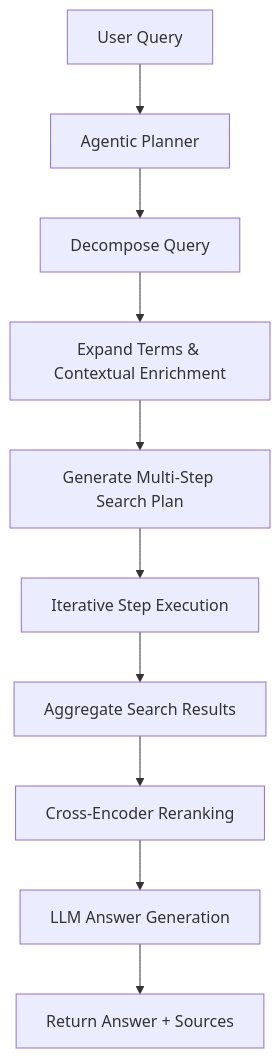
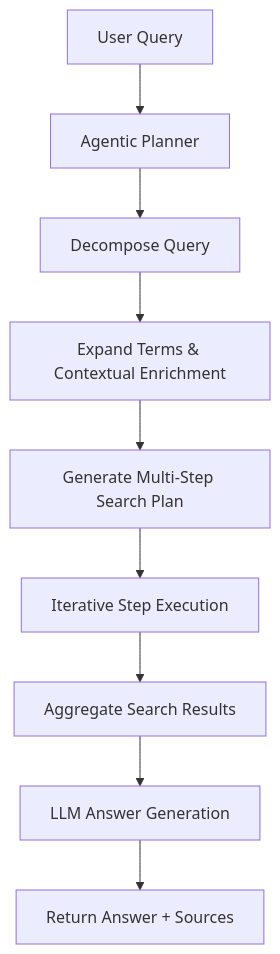
The second of 2 diagrams in docs/PLANNER_AND_DIAGRAMS.md (Taleef7/enhanced-rass), drawn with Mermaid before and after one commit. The commit also changed other lines of this file and 1 other file, not shown here.

````diff
--- a/docs/PLANNER_AND_DIAGRAMS.md
+++ b/docs/PLANNER_AND_DIAGRAMS.md
@@ -145,14 +139,13 @@
 ```mermaid
 flowchart TD
     A[User Query] --> B[Agentic Planner]
     B --> C[Decompose Query]
     C --> D[Expand Terms & Contextual Enrichment]
     D --> E[Generate Multi-Step Search Plan]
     E --> F[Iterative Step Execution]
     F --> G[Aggregate Search Results]
-    G --> H[Cross-Encoder Reranking]
-    H --> I[LLM Answer Generation]
-    I --> J[Return Answer + Sources]
+  G --> H[LLM Answer Generation]
+  H --> I[Return Answer + Sources]
 
     
 ```
````
